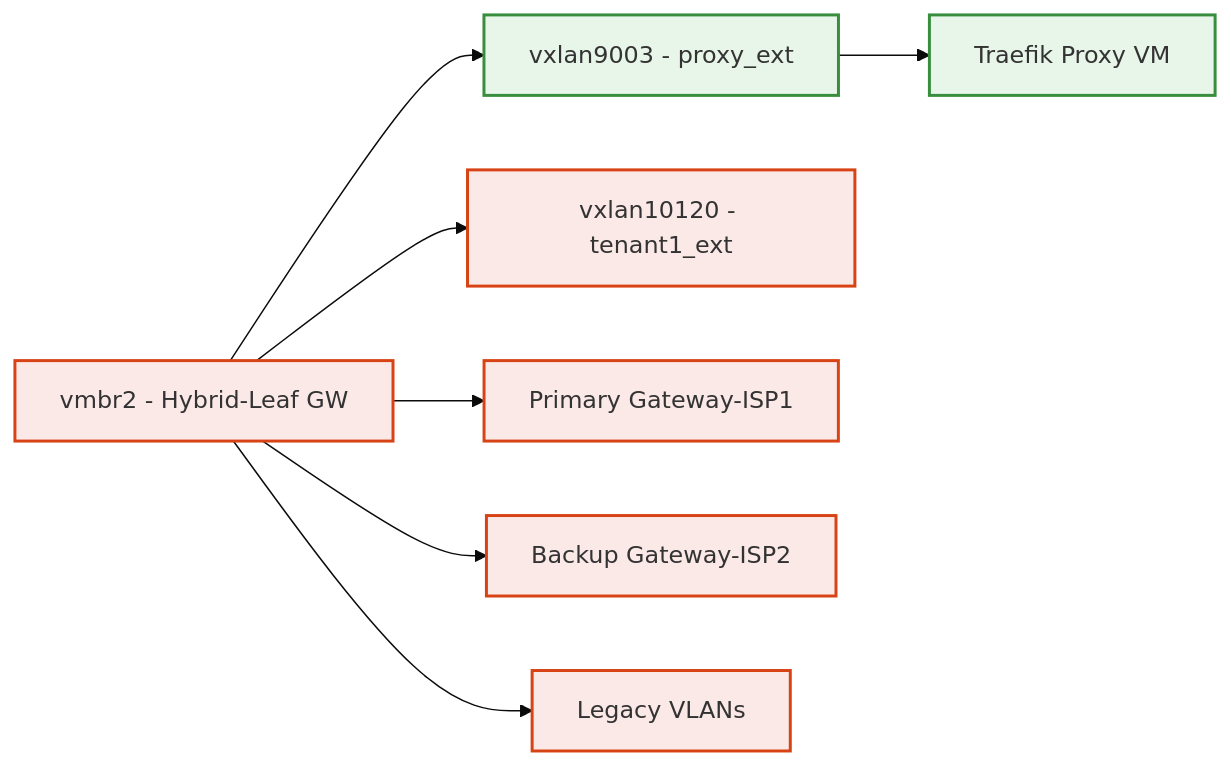
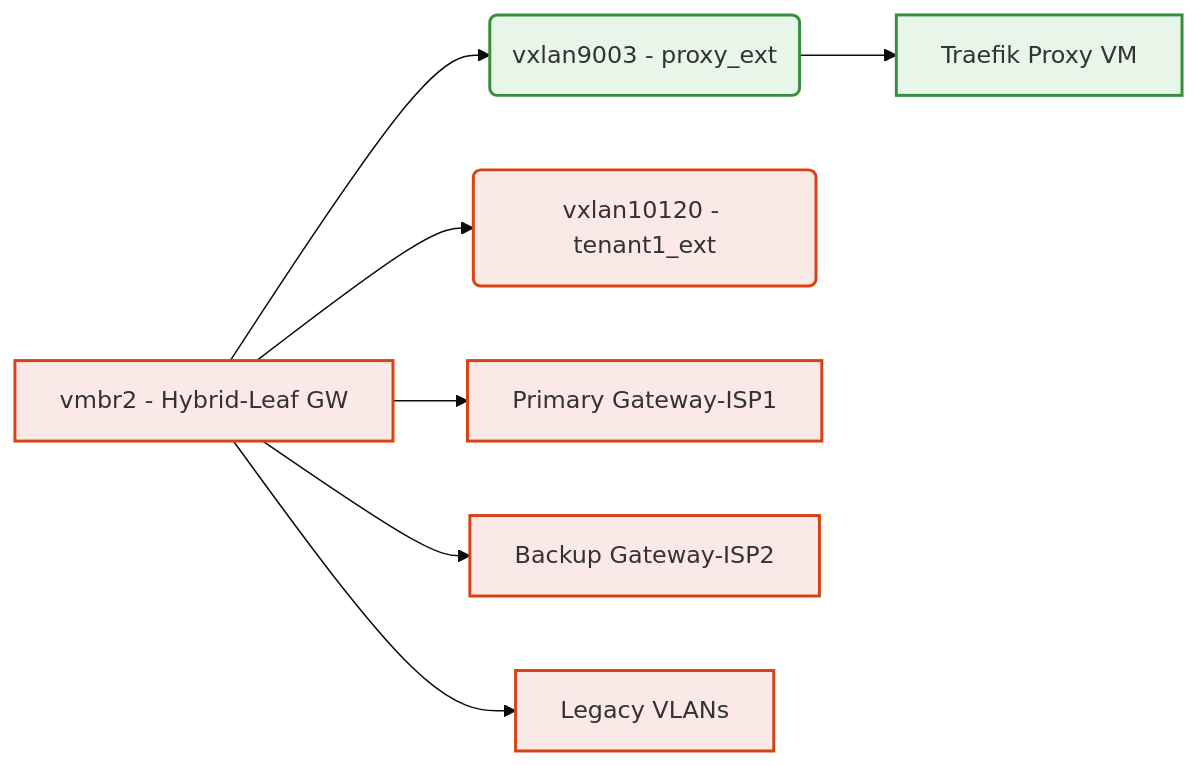
Before and after one commit to CEP-Comwell/proxmox_addons: the fourth of 4 diagrams in README.md, drawn with Mermaid (base theme). The commit also changed other lines of this file, not shown here.

Commit message:
test VXLAN rounded rect

````diff
--- a/README.md
+++ b/README.md
@@ -137,22 +137,22 @@
 ```mermaid
 graph LR
 ExtBridge[vmbr2 - Hybrid-Leaf GW]
-VX9003[vxlan9003 - proxy_ext]
-VX10120[vxlan10120 - tenant1_ext]
+VX9003(vxlan9003 - proxy_ext)
+VX10120(vxlan10120 - tenant1_ext)
 Gateway1[Primary Gateway-ISP1]
 Gateway2[Backup Gateway-ISP2]
 LegacyVLAN[Legacy VLANs]
 ProxyVM[Traefik Proxy VM]
 
 ExtBridge --> VX9003
 ExtBridge --> VX10120
 ExtBridge --> Gateway1
 ExtBridge --> Gateway2
 ExtBridge --> LegacyVLAN
 VX9003 --> ProxyVM
 
 classDef ext fill:#fbe9e7,stroke:#d84315,stroke-width:2px;
 classDef proxy fill:#e8f5e9,stroke:#388e3c,stroke-width:2px;
 class ExtBridge,VX10120,Gateway1,Gateway2,LegacyVLAN ext;
 class VX9003,ProxyVM proxy;
 ```
````
